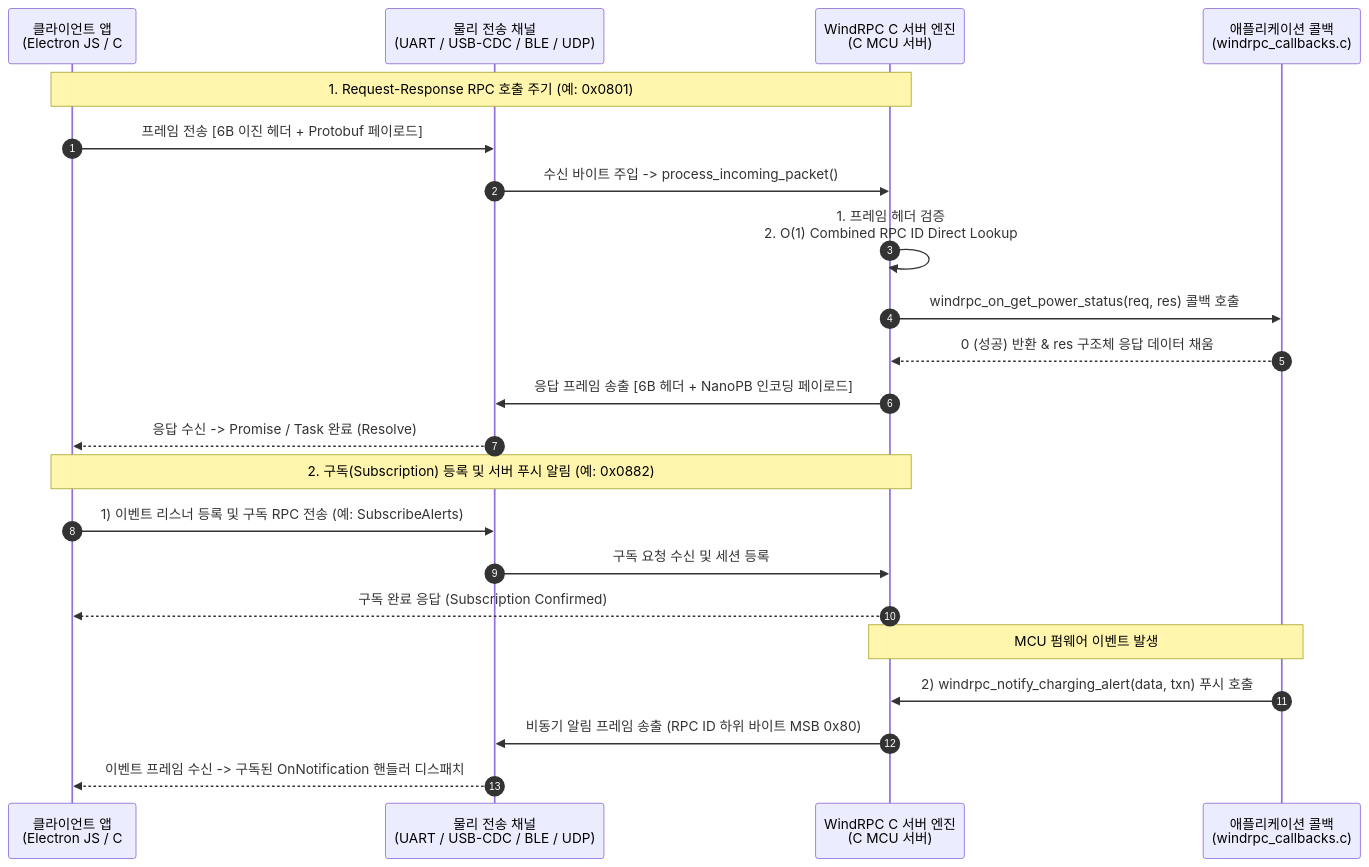
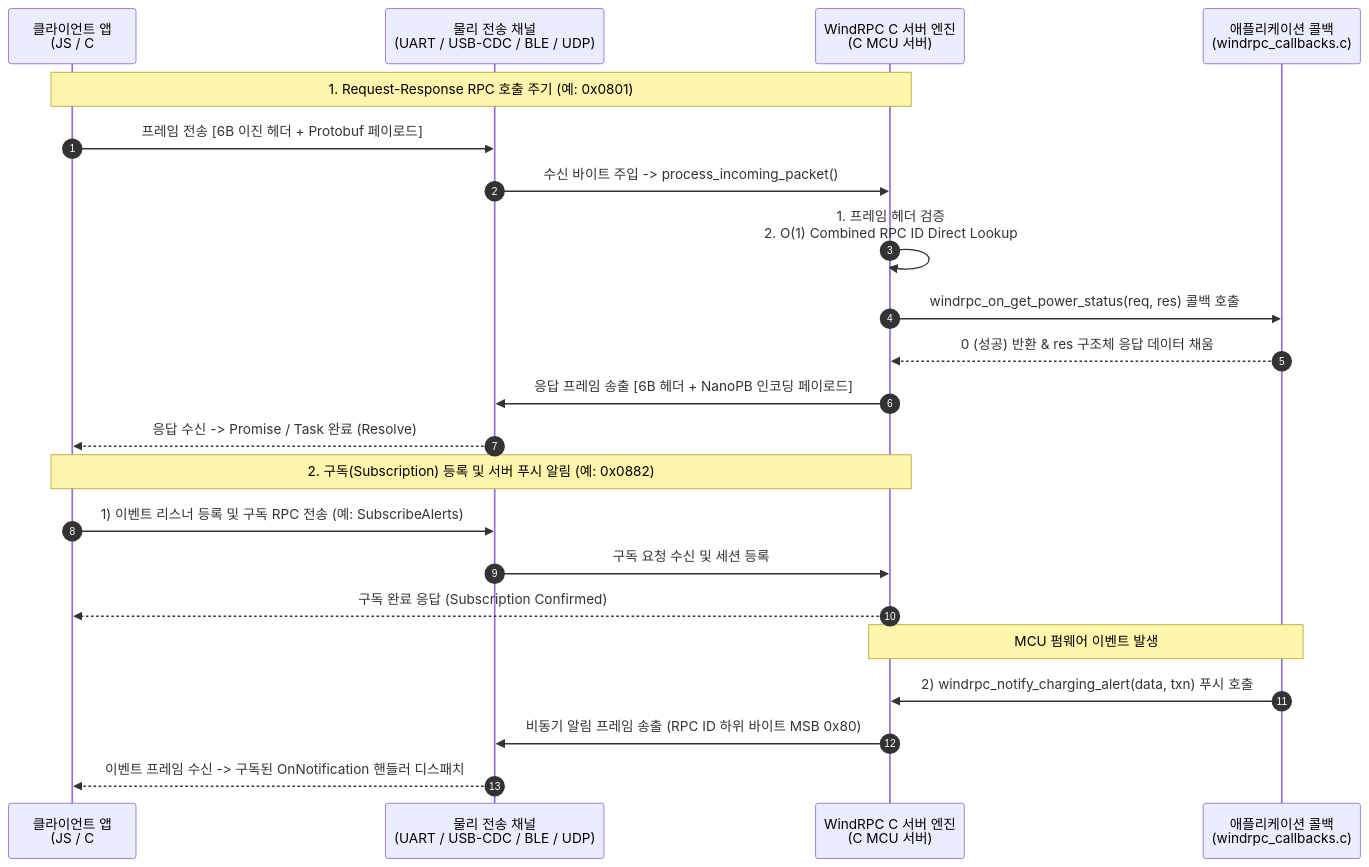
One commit to micro-artwork/windrpc changed the second of 2 diagrams in README.KR.md. Above: the diagram before and after it, drawn with Mermaid. The commit also changed other lines of this file and 1 other file, not shown here.

Commit message:
docs: consolidate client SDK boxes into single node with per-language breakdown in diagrams

````diff
--- a/README.KR.md
+++ b/README.KR.md
@@ -44,26 +43,26 @@
 ```mermaid
 sequenceDiagram
     autonumber
-    participant Client as 클라이언트 앱<br/>(Electron JS / C# WinForms)
+    participant Client as 클라이언트 앱<br/>(JS / C# / Python)
     participant Transport as 물리 전송 채널<br/>(UART / USB-CDC / BLE / UDP)
     participant Engine as WindRPC C 서버 엔진<br/>(C MCU 서버)
     participant App as 애플리케이션 콜백<br/>(windrpc_callbacks.c)
 
     Note over Client, Engine: 1. Request-Response RPC 호출 주기 (예: 0x0801)
     Client->>Transport: 프레임 전송 [6B 이진 헤더 + Protobuf 페이로드]
     Transport->>Engine: 수신 바이트 주입 -> process_incoming_packet()
     Engine->>Engine: 1. 프레임 헤더 검증<br/>2. O(1) Combined RPC ID Direct Lookup
     Engine->>App: windrpc_on_get_power_status(req, res) 콜백 호출
     App-->>Engine: 0 (성공) 반환 & res 구조체 응답 데이터 채움
     Engine->>Transport: 응답 프레임 송출 [6B 헤더 + NanoPB 인코딩 페이로드]
     Transport-->>Client: 응답 수신 -> Promise / Task 완료 (Resolve)
 
     Note over Client, Engine: 2. 구독(Subscription) 등록 및 서버 푸시 알림 (예: 0x0882)
     Client->>Transport: 1) 이벤트 리스너 등록 및 구독 RPC 전송 (예: SubscribeAlerts)
     Transport->>Engine: 구독 요청 수신 및 세션 등록
     Engine-->>Client: 구독 완료 응답 (Subscription Confirmed)
     Note over Engine, App: MCU 펌웨어 이벤트 발생
     App->>Engine: 2) windrpc_notify_charging_alert(data, txn) 푸시 호출
     Engine->>Transport: 비동기 알림 프레임 송출 (RPC ID 하위 바이트 MSB 0x80)
     Transport-->>Client: 이벤트 프레임 수신 -> 구독된 OnNotification 핸들러 디스패치
 ```
````
